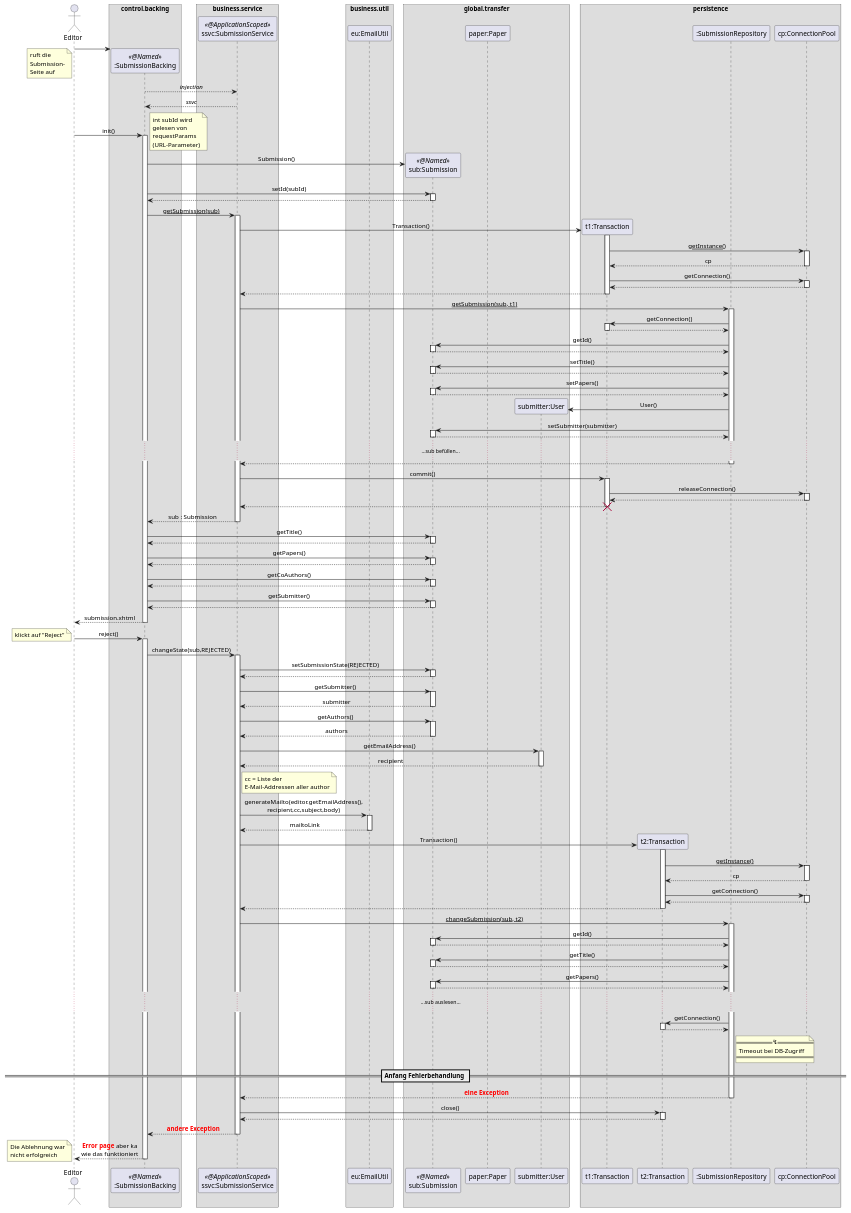
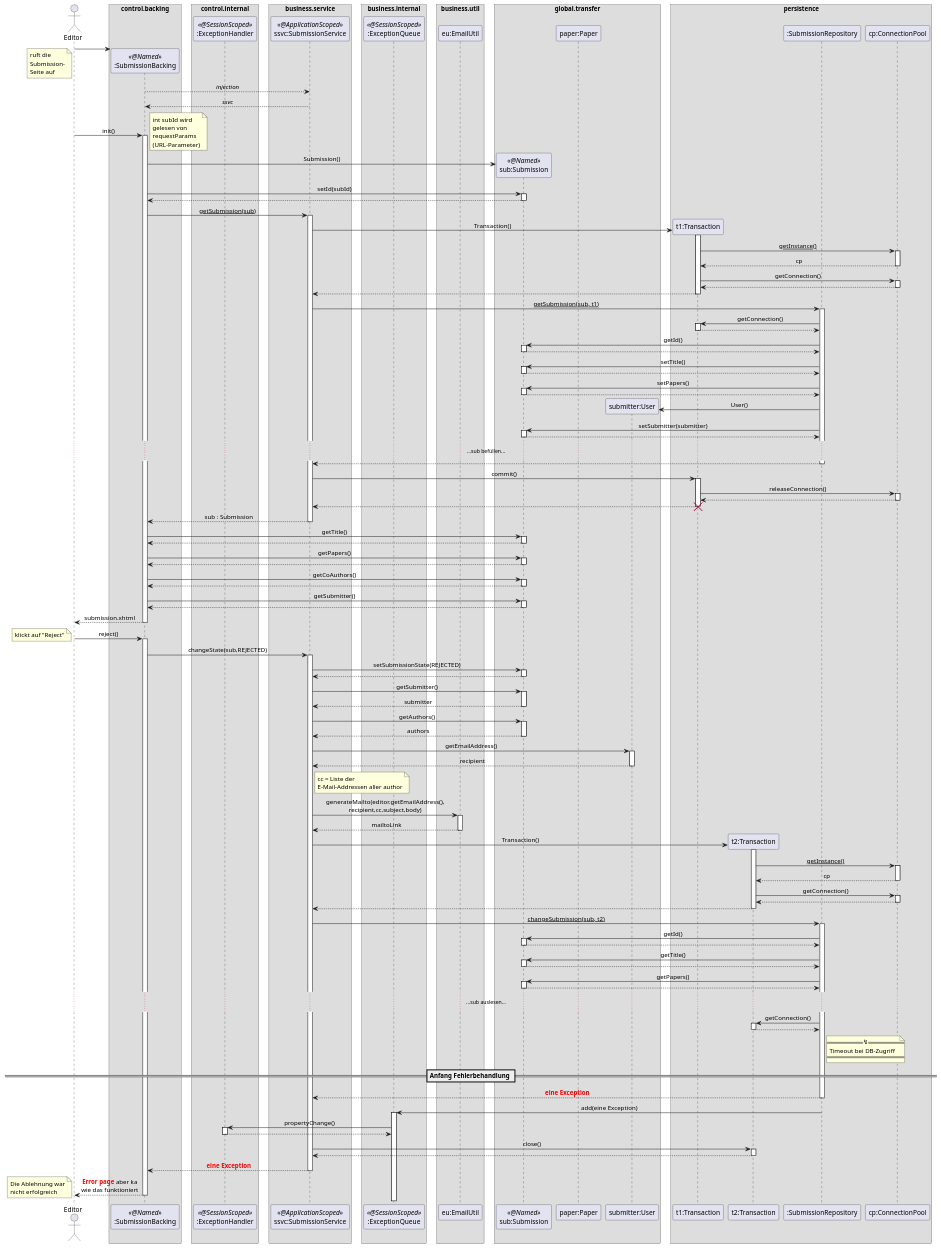
One commit to guersterst/LasEs changed the diagram in docs/Entwurf/puml/reject_submission.puml. Above: the diagram before and after it, drawn with PlantUML.

Commit message:
add exceptionqueue and -handler

```diff
--- a/docs/Entwurf/puml/reject_submission.puml
+++ b/docs/Entwurf/puml/reject_submission.puml
@@ -1,183 +1,193 @@
 @startuml
 'https://plantuml.com/sequence-diagram
 
 '!theme aws-orange
 skinparam sequenceMessageAlign center
 skinparam BoxPadding 10
 'skinparam LifelineStrategy nosolid
 'autonumber
 'autoactivate on
 'hide footbox
 
 actor Editor as editor
 
 box "control.backing"
     participant ":SubmissionBacking" as sb << @Named >>
 end box
+box "control.internal"
+    participant ":ExceptionHandler" as eh << @SessionScoped >>
+end box
 'box "???"
 '    participant ":ResourceBundle" as rscBundle
 'end box
 box "business.service"
     participant "ssvc:SubmissionService" as ssvc << @ApplicationScoped >>
+end box
+box "business.internal"
+    participant ":ExceptionQueue" as eq << @SessionScoped >>
 end box
 box "business.util"
     participant "eu:EmailUtil" as eu
 end box
 box "global.transfer"
     participant "sub:Submission" as sub << @Named >>
     participant "paper:Paper" as paper
     participant "submitter:User" as submitter
 end box
 box persistence
     participant "t1:Transaction" as t1
     participant "t2:Transaction" as t2
     participant ":SubmissionRepository" as sr
     participant "cp:ConnectionPool" as cp
 end box
 
 create sb
 editor -> sb
 note left
     ruft die
     Submission-
     Seite auf
 end note
 sb --> ssvc : //injection//
 return //ssvc//
 editor -> sb : init()
 activate sb
     note right
         int subId wird
         gelesen von
         requestParams
         (URL-Parameter)
     end note
     sb -> sub ** : Submission()
     sb -> sub : setId(subId)
     activate sub
     return
     sb -> ssvc : __getSubmission(sub)__
     activate ssvc
         ssvc -> t1 ** : Transaction()
         activate t1
             t1 -> cp : __getInstance()__
             activate cp
             return cp
             t1 -> cp : getConnection()
             activate cp
             return
         return
         ssvc -> sr : __getSubmission(sub, t1)__
         activate sr
             sr -> t1 ++ : getConnection()
             return
             sr -> sub : getId()
             activate sub
             return
             sr -> sub : setTitle()
             activate sub
             return
             sr -> sub : setPapers()
             activate sub
             return
             sr -> submitter ** : User()
             sr -> sub : setSubmitter(submitter)
             activate sub
             return
             ......sub befüllen......
         return
         ssvc -> t1 ++ : commit()
             t1 -> cp ++ : releaseConnection()
             return
         return
         destroy t1
     return sub : Submission
     sb -> sub ++ : getTitle()
     return
     sb -> sub ++ : getPapers()
     return
     sb -> sub ++ : getCoAuthors()
     return
     sb -> sub ++ : getSubmitter()
     return
 return submission.xhtml
 
 
 editor -> sb : reject()
 note left
     klickt auf "Reject"
 end note
 activate sb
     sb -> ssvc : changeState(sub,REJECTED)
     activate ssvc
         ssvc -> sub ++ : setSubmissionState(REJECTED)
         return
         ssvc -> sub : getSubmitter()
         activate sub
         return submitter
         ssvc -> sub : getAuthors()
         activate sub
         return authors
         ssvc -> submitter : getEmailAddress()
         activate submitter
         return recipient
         note right of ssvc
             cc = Liste der
             E-Mail-Addressen aller author
         end note
 '        subService -> rscBundle : getRejectionEmailSubject()
 '        activate rscBundle
 '        return subject
 '        subService -> rscBundle : getRejectionEmailBody()
 '        activate rscBundle
 '        return body
 
         ssvc -> eu : generateMailto(editor.getEmailAddress(),\nrecipient,cc,subject,body)
         activate eu
         return mailtoLink
 
         ssvc -> t2 ** : Transaction()
         activate t2
             t2 -> cp : __getInstance()__
             activate cp
             return cp
             t2 -> cp : getConnection()
             activate cp
             return
         return
 
         ssvc -> sr : __changeSubmission(sub, t2)__
         activate sr
             sr -> sub ++ : getId()
             return
             sr -> sub ++ : getTitle()
             return
             sr -> sub ++ : getPapers()
             return
             ......sub auslesen......
             sr -> t2 ++ : getConnection()
             return
 
         note right of sr
         == ↯ ==
         Timeout bei DB-Zugriff
         ====
         end note
 
 == Anfang Fehlerbehandlung ==
+        return <font color=red><b>eine Exception
 
-        return <font color=red><b> eine Exception
+        sr -> eq ++ : add(eine Exception)
+            eq -> eh ++ : propertyChange()
+            return
+        deactivate sr
 
         ssvc -> t2 ++ : close()
         return
 
-    return <font color=red><b> andere Exception
+    return <font color=red><b>eine Exception
 
 return <font color=red><b>Error page</font> aber ka\nwie das funktioniert
 note left
 Die Ablehnung war
 nicht erfolgreich
 end note
 
 
 @enduml
```
